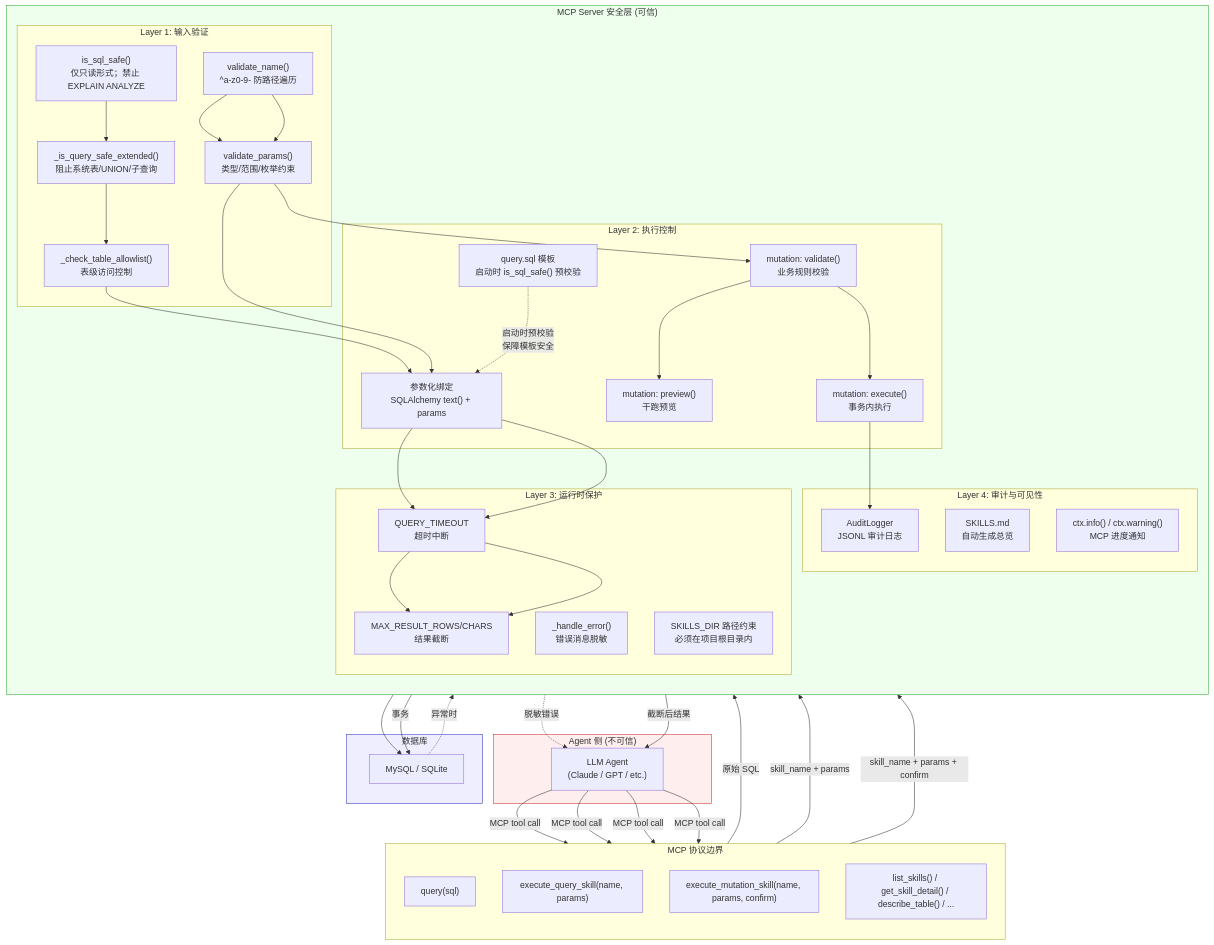
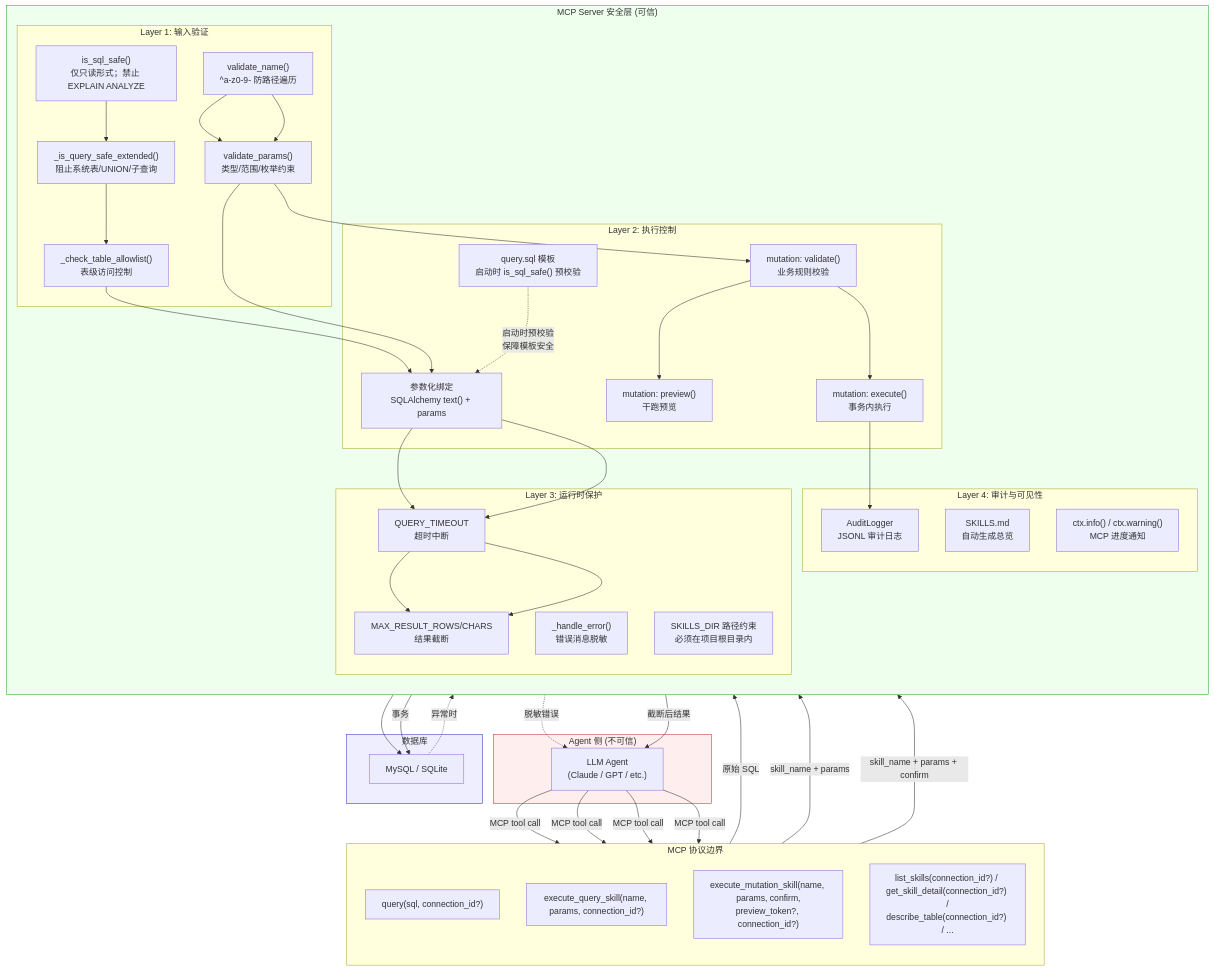
Before and after one commit to Firstmeridian/llm-sql-safety-executor-mcp: the first of 3 diagrams in README_ZH.md, drawn with Mermaid. The commit also changed other lines of this file and 23 other files, not shown here.

````diff
--- a/README_ZH.md
+++ b/README_ZH.md
@@ -296,70 +299,70 @@
 ```mermaid
 flowchart TB
     subgraph Agent["Agent 侧 (不可信)"]
         A1["LLM Agent<br/>(Claude / GPT / etc.)"]
     end
 
     subgraph MCP["MCP 协议边界"]
         direction TB
-        T1["query(sql)"]
-        T2["execute_query_skill(name, params)"]
-        T3["execute_mutation_skill(name, params, confirm)"]
-        T4["list_skills() / get_skill_detail() / describe_table() / ..."]
+        T1["query(sql, connection_id?)"]
+        T2["execute_query_skill(name, params, connection_id?)"]
+        T3["execute_mutation_skill(name, params, confirm,<br/>preview_token?, connection_id?)"]
+        T4["list_skills(connection_id?) / get_skill_detail(connection_id?) /<br/>describe_table(connection_id?) / ..."]
     end
 
     subgraph Server["MCP Server 安全层 (可信)"]
         direction TB
 
         subgraph S1["Layer 1: 输入验证"]
             V1["is_sql_safe()<br/>仅只读形式；禁止 EXPLAIN ANALYZE"]
             V2["_is_query_safe_extended()<br/>阻止系统表/UNION/子查询"]
             V3["_check_table_allowlist()<br/>表级访问控制"]
             V4["validate_name()<br/>^a-z0-9- 防路径遍历"]
             V5["validate_params()<br/>类型/范围/枚举约束"]
         end
 
         subgraph S2["Layer 2: 执行控制"]
             E1["query.sql 模板<br/>启动时 is_sql_safe() 预校验"]
             E2["参数化绑定<br/>SQLAlchemy text() + params"]
             E3["mutation: validate()<br/>业务规则校验"]
             E4["mutation: preview()<br/>干跑预览"]
             E5["mutation: execute()<br/>事务内执行"]
         end
 
         subgraph S3["Layer 3: 运行时保护"]
             R1["QUERY_TIMEOUT<br/>超时中断"]
             R2["MAX_RESULT_ROWS/CHARS<br/>结果截断"]
             R3["_handle_error()<br/>错误消息脱敏"]
             R4["SKILLS_DIR 路径约束<br/>必须在项目根目录内"]
         end
 
         subgraph S4["Layer 4: 审计与可见性"]
             AU1["AuditLogger<br/>JSONL 审计日志"]
             AU2["SKILLS.md<br/>自动生成总览"]
             AU3["ctx.info() / ctx.warning()<br/>MCP 进度通知"]
         end
     end
 
     subgraph DB["数据库"]
         DB1["MySQL / SQLite"]
     end
 
     A1 -->|"MCP tool call"| T1 & T2 & T3 & T4
 
     T1 -->|"原始 SQL"| V1 --> V2 --> V3 --> E2 --> R1 --> R2
     T2 -->|"skill_name + params"| V4 --> V5 --> E2 --> R1 --> R2
     E1 -.->|"启动时预校验<br/>保障模板安全"| E2
     T3 -->|"skill_name + params + confirm"| V4 --> V5 --> E3 --> E4 & E5
 
     E2 --> DB1
     E5 -->|"事务"| DB1
     E5 --> AU1
 
     DB1 -.->|"异常时"| R3 -.->|"脱敏错误"| A1
     R2 -->|"截断后结果"| A1
 
     style Agent fill:#fee,stroke:#c33
     style Server fill:#efe,stroke:#3a3
     style DB fill:#eef,stroke:#33c
     style MCP fill:#ffd,stroke:#aa3
 ```
````
